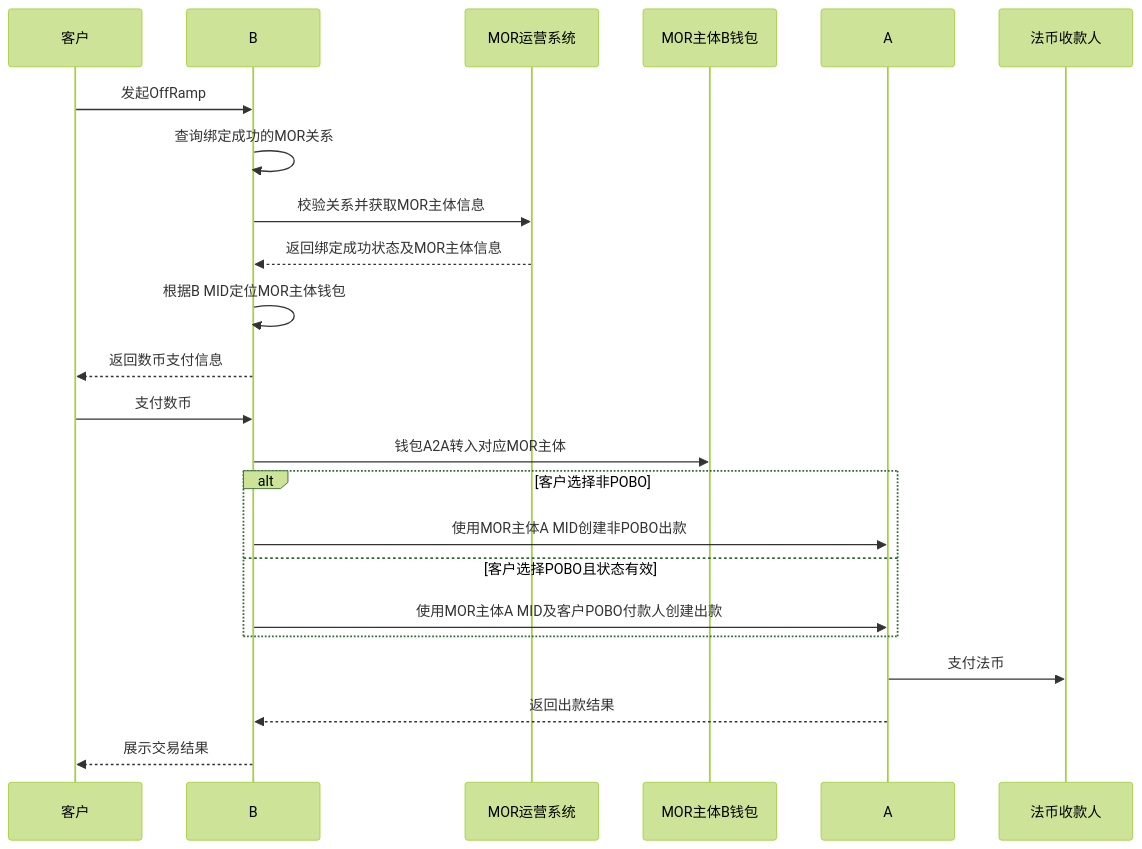
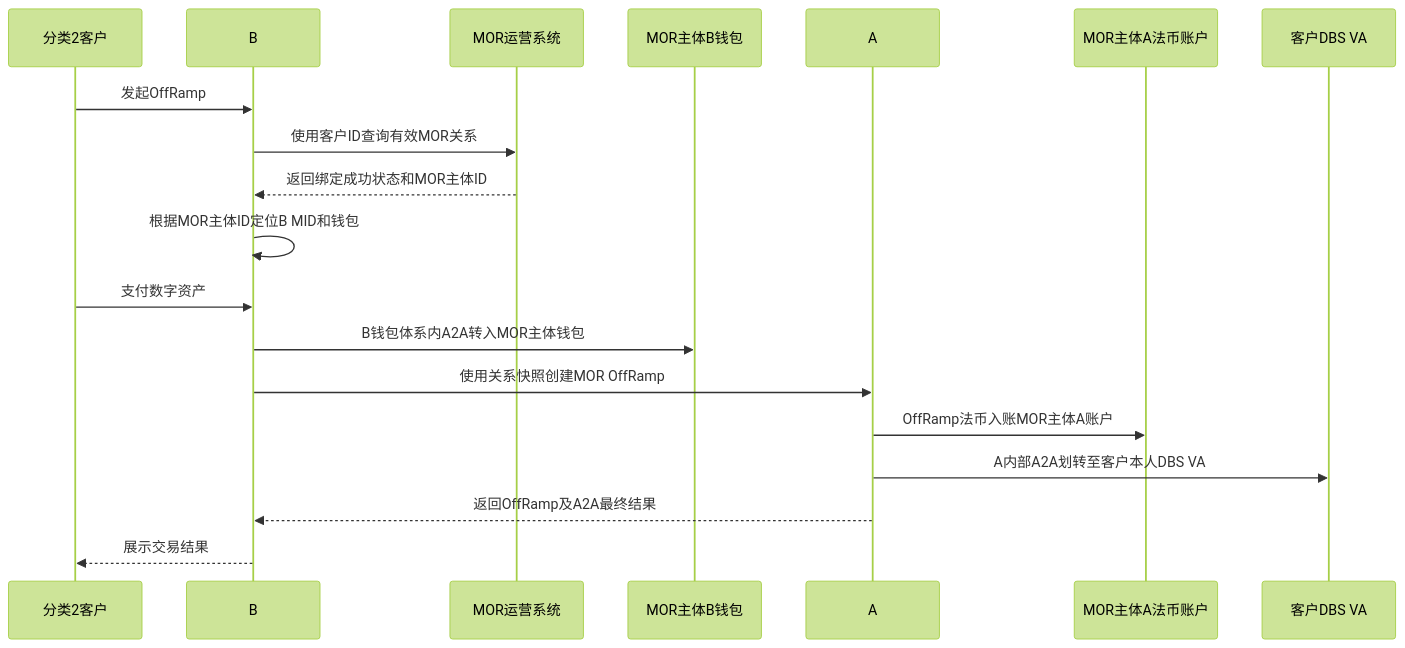
The third of 3 diagrams in MORSolutions/解决方案/MOR模式-运营主体SP最终方案.md (xiaoxiaoangie/EX-NEW), drawn with Mermaid (forest theme) before and after one commit. The commit also changed other lines of this file and 10 other files, not shown here.

````diff
--- a/MORSolutions/解决方案/MOR模式-运营主体SP最终方案.md
+++ b/MORSolutions/解决方案/MOR模式-运营主体SP最终方案.md
@@ -378,26 +226,22 @@
 ```mermaid
 sequenceDiagram
-    participant C as 客户
+    participant C as 分类2客户
     participant B as B
     participant OPS as MOR运营系统
-    participant MW as MOR主体B钱包
+    participant MB as MOR主体B钱包
     participant A as A
-    participant P as 法币收款人
+    participant MA as MOR主体A法币账户
+    participant CA as 客户DBS VA
 
     C->>B: 发起OffRamp
-    B->>B: 查询绑定成功的MOR关系
-    B->>OPS: 校验关系并获取MOR主体信息
-    OPS-->>B: 返回绑定成功状态及MOR主体信息
-    B->>B: 根据B MID定位MOR主体钱包
-    B-->>C: 返回数币支付信息
-    C->>B: 支付数币
-    B->>MW: 钱包A2A转入对应MOR主体
-    alt 客户选择非POBO
-        B->>A: 使用MOR主体A MID创建非POBO出款
-    else 客户选择POBO且状态有效
-        B->>A: 使用MOR主体A MID及客户POBO付款人创建出款
-    end
-    A->>P: 支付法币
-    A-->>B: 返回出款结果
+    B->>OPS: 使用客户ID查询有效MOR关系
+    OPS-->>B: 返回绑定成功状态和MOR主体ID
+    B->>B: 根据MOR主体ID定位B MID和钱包
+    C->>B: 支付数字资产
+    B->>MB: B钱包体系内A2A转入MOR主体钱包
+    B->>A: 使用关系快照创建MOR OffRamp
+    A->>MA: OffRamp法币入账MOR主体A账户
+    A->>CA: A内部A2A划转至客户本人DBS VA
+    A-->>B: 返回OffRamp及A2A最终结果
     B-->>C: 展示交易结果
 ```
````
